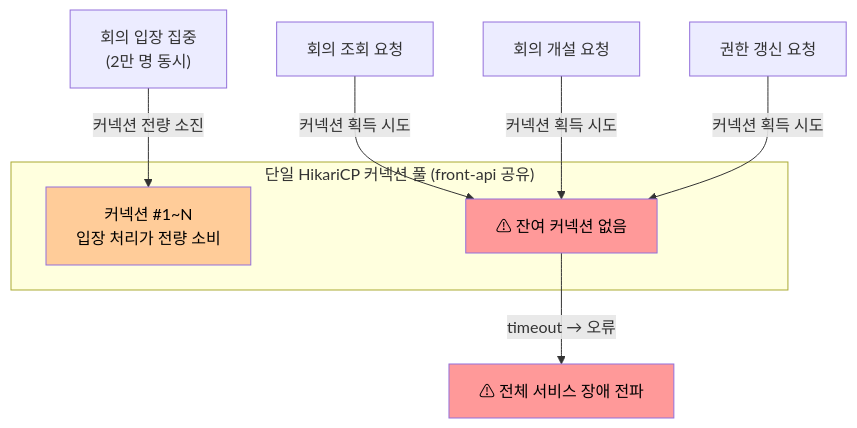
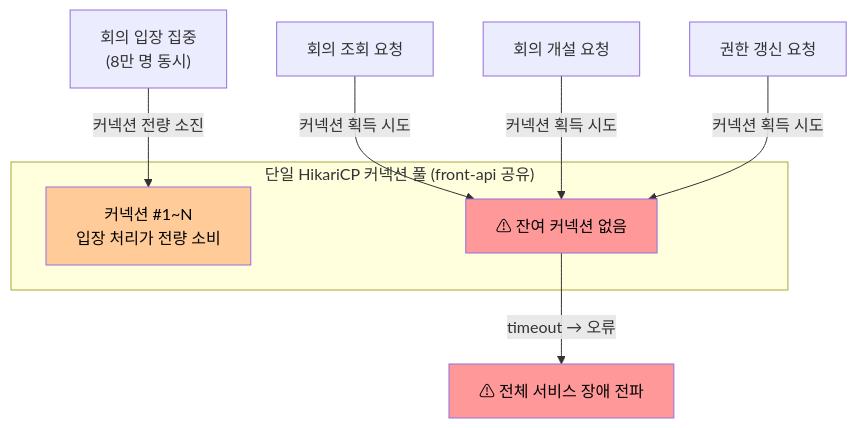
Before and after one commit to sujinnkim/A_Personal: the diagram in docs/02-system-overview/1.2-issues/ISSUE-04-회의입장집중시커넥션풀고갈전체장애전파.md, drawn with Mermaid. The commit also changed other lines of this file and 30 other files, not shown here.

````diff
--- a/docs/02-system-overview/1.2-issues/ISSUE-04-회의입장집중시커넥션풀고갈전체장애전파.md
+++ b/docs/02-system-overview/1.2-issues/ISSUE-04-회의입장집중시커넥션풀고갈전체장애전파.md
@@ -11,23 +11,23 @@
 ```mermaid
 flowchart TD
     subgraph Pool["단일 HikariCP 커넥션 풀 (front-api 공유)"]
         C1["커넥션 #1~N\n입장 처리가 전량 소비"]
         EMPTY["⚠ 잔여 커넥션 없음"]
     end
 
-    JOIN["회의 입장 집중\n(2만 명 동시)"]
+    JOIN["회의 입장 집중\n(8만 명 동시)"]
     QUERY["회의 조회 요청"]
     CREATE["회의 개설 요청"]
     AUTH["권한 갱신 요청"]
 
     JOIN -->|"커넥션 전량 소진"| C1
     QUERY -->|"커넥션 획득 시도"| EMPTY
     CREATE -->|"커넥션 획득 시도"| EMPTY
     AUTH -->|"커넥션 획득 시도"| EMPTY
 
     EMPTY -->|"timeout → 오류"| ERR["⚠ 전체 서비스 장애 전파"]
 
     style EMPTY fill:#ff9999,color:#000
     style ERR fill:#ff9999,color:#000
     style C1 fill:#ffcc99,color:#000
 ```
````
